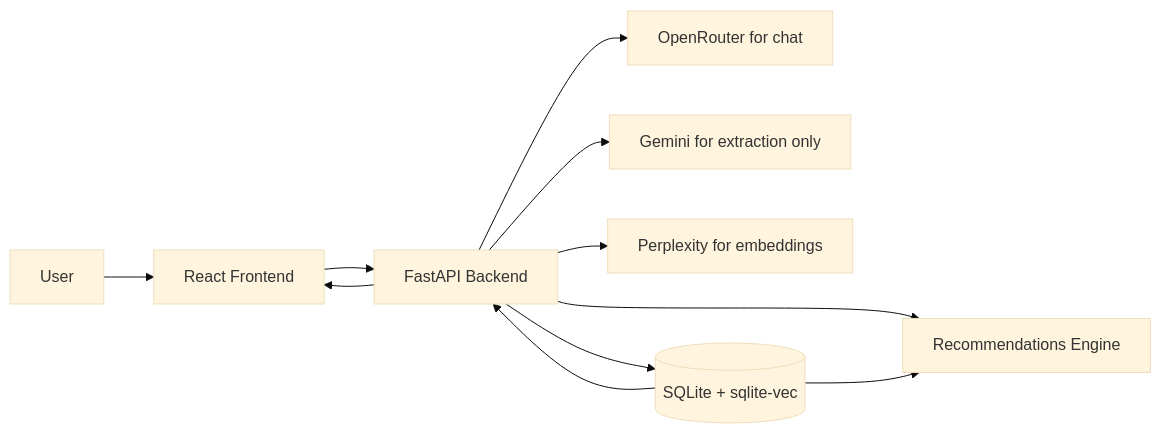
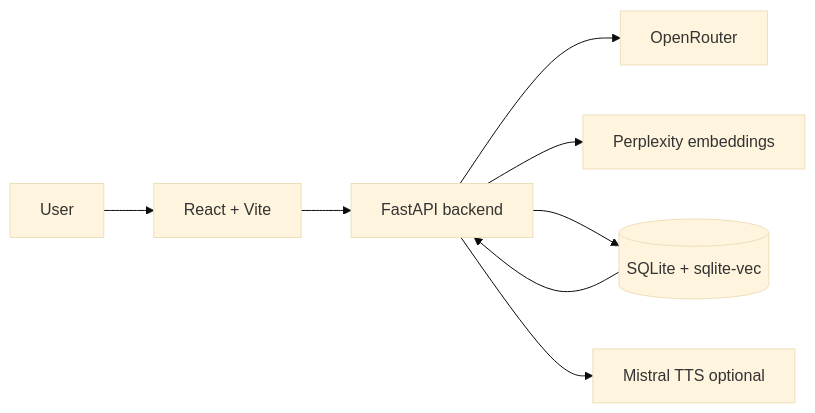
The diagram in README.md (MrFunnything99/Open-Journal), drawn with Mermaid (base theme) before and after one commit. The commit also changed other lines of this file and 19 other files, not shown here.

````diff
--- a/README.md
+++ b/README.md
@@ -90,13 +223,10 @@
 ```mermaid
 flowchart LR
-    U[User] --> FE[React Frontend]
-    FE --> API[FastAPI Backend]
-    API --> CHAT[OpenRouter for chat]
-    API --> GEM[Gemini for extraction only]
-    API --> PPLX[Perplexity for embeddings]
-    API --> DB[(SQLite + sqlite-vec)]
-    API --> REC[Recommendations Engine]
-    DB --> REC
-    DB --> API
-    API --> FE
+  U[User] --> FE[React + Vite]
+  FE --> API[FastAPI backend]
+  API --> OR[OpenRouter]
+  API --> PPLX[Perplexity embeddings]
+  API --> DB[(SQLite + sqlite-vec)]
+  API --> MIST[Mistral TTS optional]
+  DB --> API
 ```
````
